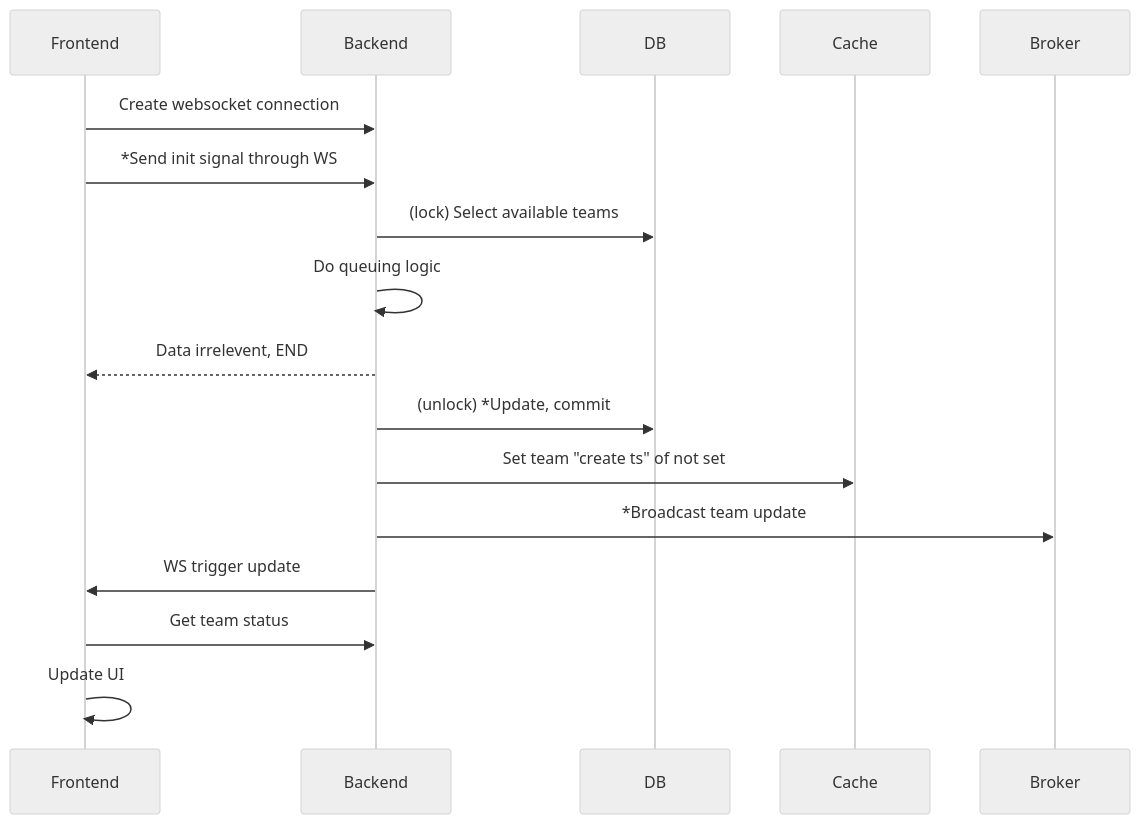
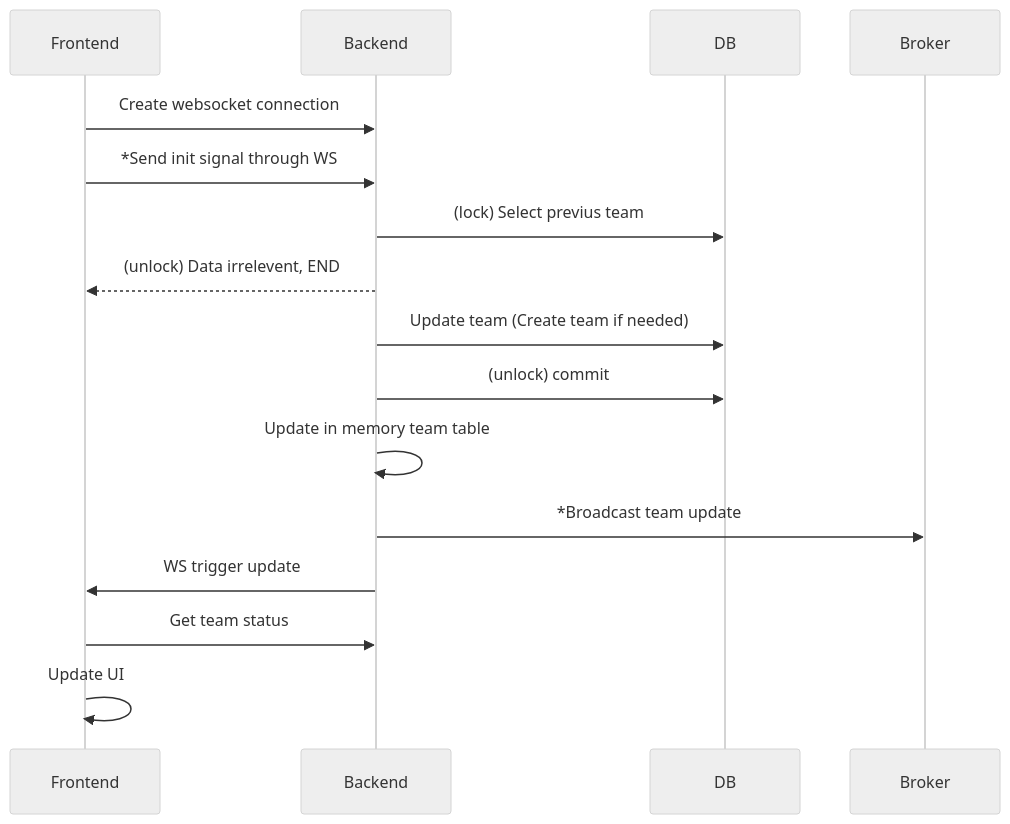
The third of 4 diagrams in docs/workflows/lobby_multi.md (AlexFangSW/Typephoon), drawn with Mermaid (neutral theme) before and after one commit. The commit also changed other lines of this file and 1 other file, not shown here.

````diff
--- a/docs/workflows/lobby_multi.md
+++ b/docs/workflows/lobby_multi.md
@@ -49,14 +50,14 @@
 ```mermaid
 sequenceDiagram
     Frontend ->> Backend: Create websocket connection 
     Frontend ->> Backend: *Send init signal through WS
-    Backend ->> DB: (lock) Select available teams 
-    Backend ->> Backend: Do queuing logic
-    Backend -->> Frontend: Data irrelevent, END
-    Backend ->> DB: (unlock) *Update, commit
-    Backend ->> Cache: Set team "create ts" of not set
+    Backend ->> DB: (lock) Select previus team 
+    Backend -->> Frontend: (unlock) Data irrelevent, END
+    Backend ->> DB: Update team (Create team if needed)
+    Backend ->> DB: (unlock) commit
+    Backend ->> Backend: Update in memory team table
     Backend ->> Broker: *Broadcast team update
     Backend ->> Frontend: WS trigger update
     Frontend ->> Backend: Get team status
     Frontend ->> Frontend: Update UI
 ```
````
